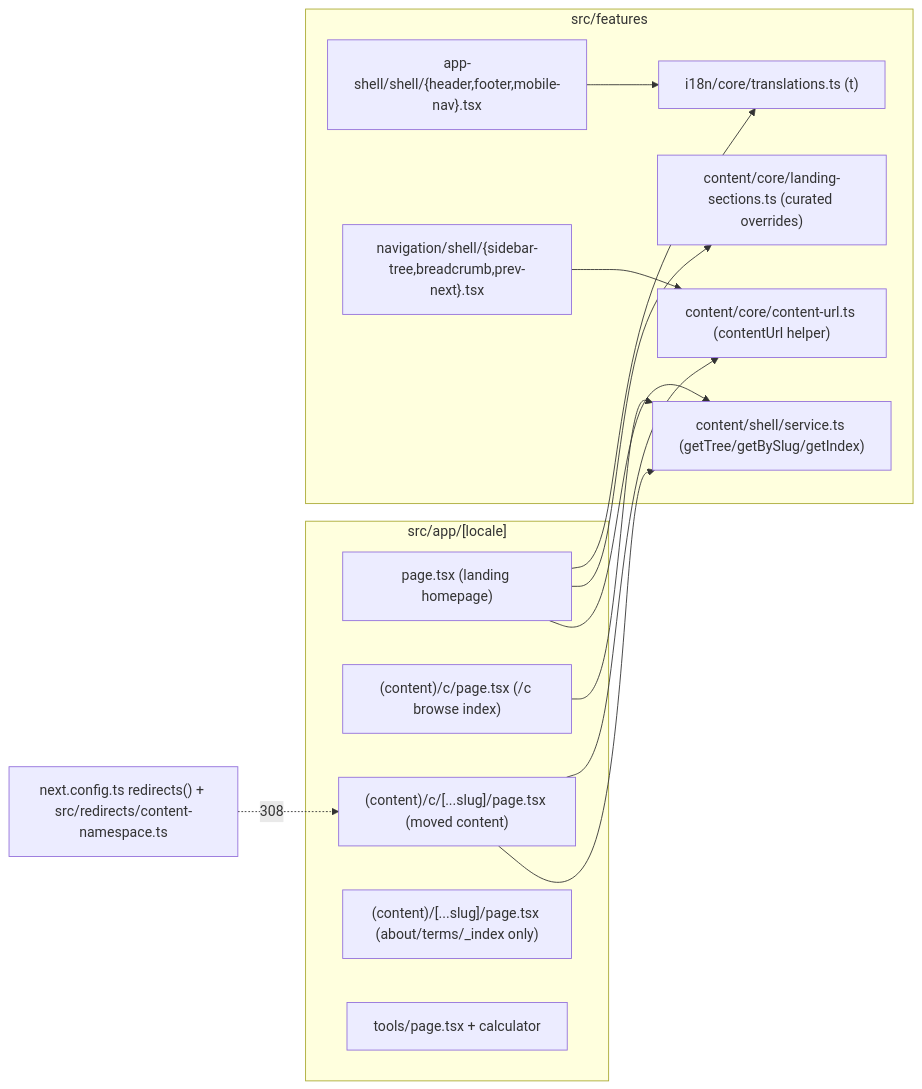
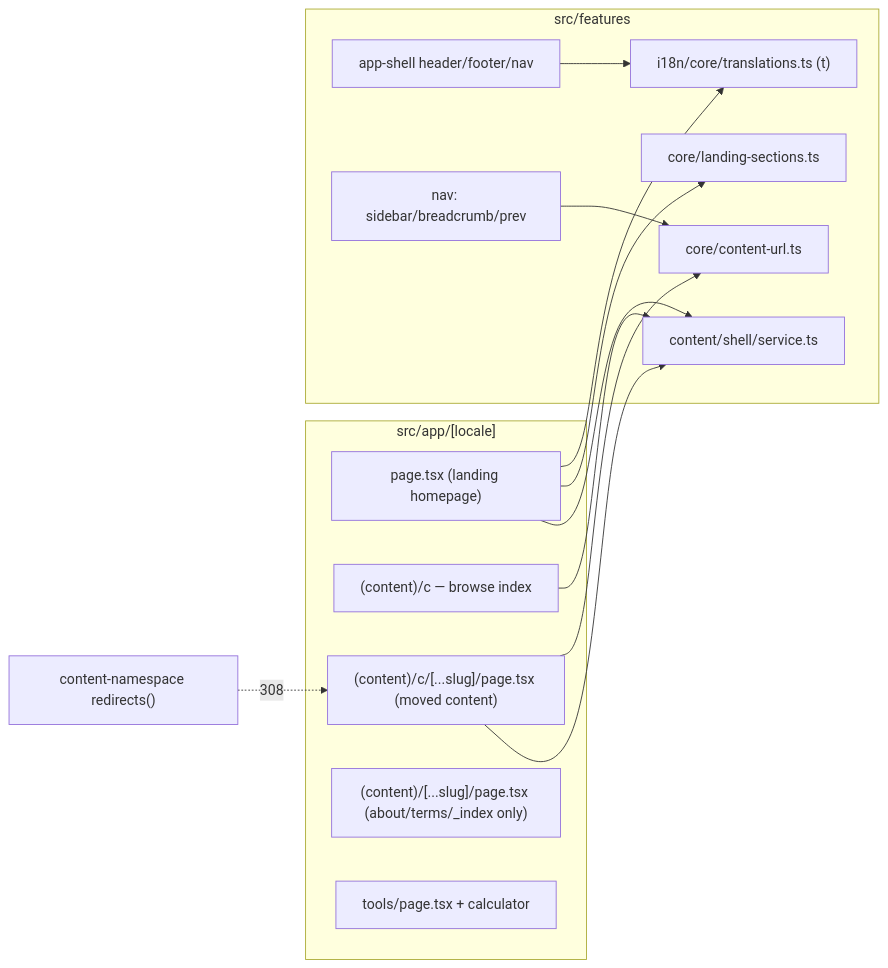
One commit to wahidyankf/baseerah changed the first of 4 diagrams in plans/in-progress/ayokoding-www-ia-navigation-revamp/tech-docs.md. Above: the diagram before and after it, drawn with Mermaid. The commit also changed other lines of this file and 1 other file, not shown here.

Commit message:
fix(plans): satisfy markdown-validate for ia-navigation-revamp
Shorten 8 over-long mermaid node labels in tech-docs.md to <=30 chars
(label_too_long rule) and promote the Phase-7 "Rule-15 retest
follow-ups" heading from H4 to H3 (no level-skip under the H2 phase).
Mermaid, links, heading-hierarchy, and lint:md all pass locally.

````diff
--- a/plans/in-progress/ayokoding-www-ia-navigation-revamp/tech-docs.md
+++ b/plans/in-progress/ayokoding-www-ia-navigation-revamp/tech-docs.md
@@ -12,28 +12,28 @@
 ```mermaid
 flowchart LR
   subgraph app["src/app/[locale]"]
     home["page.tsx (landing homepage)"]
-    cidx["(content)/c/page.tsx (/c browse index)"]
+    cidx["(content)/c — browse index"]
     cslug["(content)/c/[...slug]/page.tsx (moved content)"]
     loose["(content)/[...slug]/page.tsx (about/terms/_index only)"]
     tools["tools/page.tsx + calculator"]
   end
   subgraph features["src/features"]
-    curl["content/core/content-url.ts (contentUrl helper)"]
-    cards["content/core/landing-sections.ts (curated overrides)"]
-    svc["content/shell/service.ts (getTree/getBySlug/getIndex)"]
-    nav["app-shell/shell/{header,footer,mobile-nav}.tsx"]
-    navs["navigation/shell/{sidebar-tree,breadcrumb,prev-next}.tsx"]
+    curl["core/content-url.ts"]
+    cards["core/landing-sections.ts"]
+    svc["content/shell/service.ts"]
+    nav["app-shell header/footer/nav"]
+    navs["nav: sidebar/breadcrumb/prev"]
     i18n["i18n/core/translations.ts (t)"]
   end
-  redir["next.config.ts redirects() + src/redirects/content-namespace.ts"]
+  redir["content-namespace redirects()"]
   home --> svc
   home --> cards
   home --> i18n
   cidx --> svc
   cslug --> svc
   cslug --> curl
   navs --> curl
   nav --> i18n
   redir -.308.-> cslug
 ```
````
